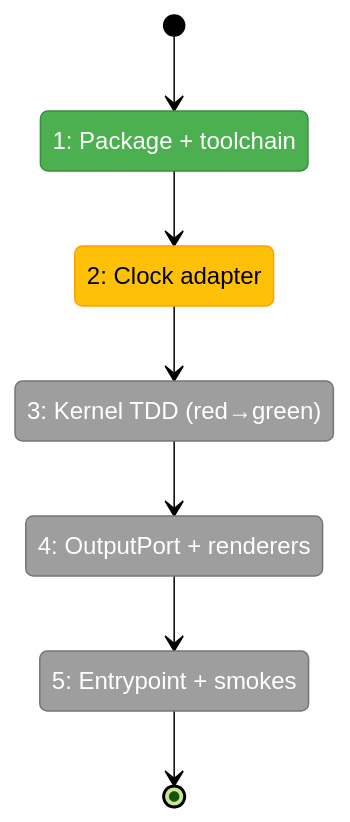
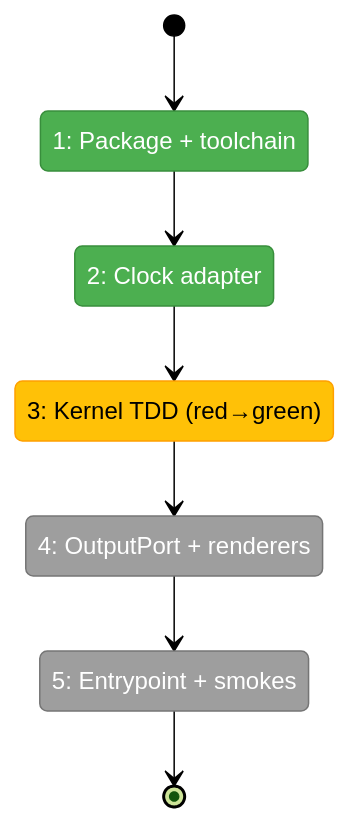
The first of 2 diagrams in docs/plans/004-harness-core/tasks/phase-1-package-scaffold-engineering-kernel/tasks.fltplan.md (AI-Substrate/harness-engineering), drawn with Mermaid (forest theme) before and after one commit. The commit also changed other lines of this file and 6 other files, not shown here.

````diff
--- a/docs/plans/004-harness-core/tasks/phase-1-package-scaffold-engineering-kernel/tasks.fltplan.md
+++ b/docs/plans/004-harness-core/tasks/phase-1-package-scaffold-engineering-kernel/tasks.fltplan.md
@@ -39,24 +39,24 @@
 ```mermaid
 stateDiagram-v2
     classDef pending fill:#9E9E9E,stroke:#757575,color:#fff
     classDef active fill:#FFC107,stroke:#FFA000,color:#000
     classDef done fill:#4CAF50,stroke:#388E3C,color:#fff
     classDef blocked fill:#F44336,stroke:#D32F2F,color:#fff
 
     state "1: Package + toolchain" as S1
     state "2: Clock adapter" as S2
     state "3: Kernel TDD (red→green)" as S3
     state "4: OutputPort + renderers" as S4
     state "5: Entrypoint + smokes" as S5
 
     [*] --> S1
     S1 --> S2
     S2 --> S3
     S3 --> S4
     S4 --> S5
     S5 --> [*]
 
-    class S1 done
-    class S2 active
-    class S3,S4,S5 pending
+    class S1,S2 done
+    class S3 active
+    class S4,S5 pending
 ```
````
